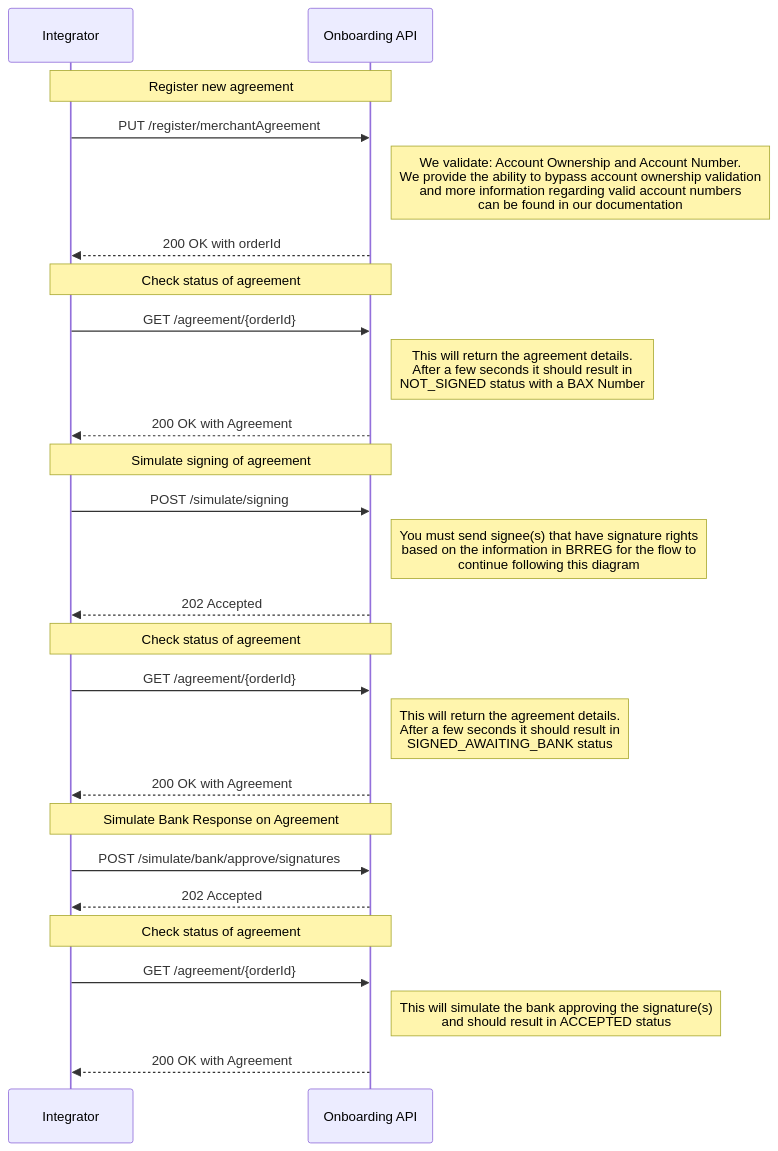
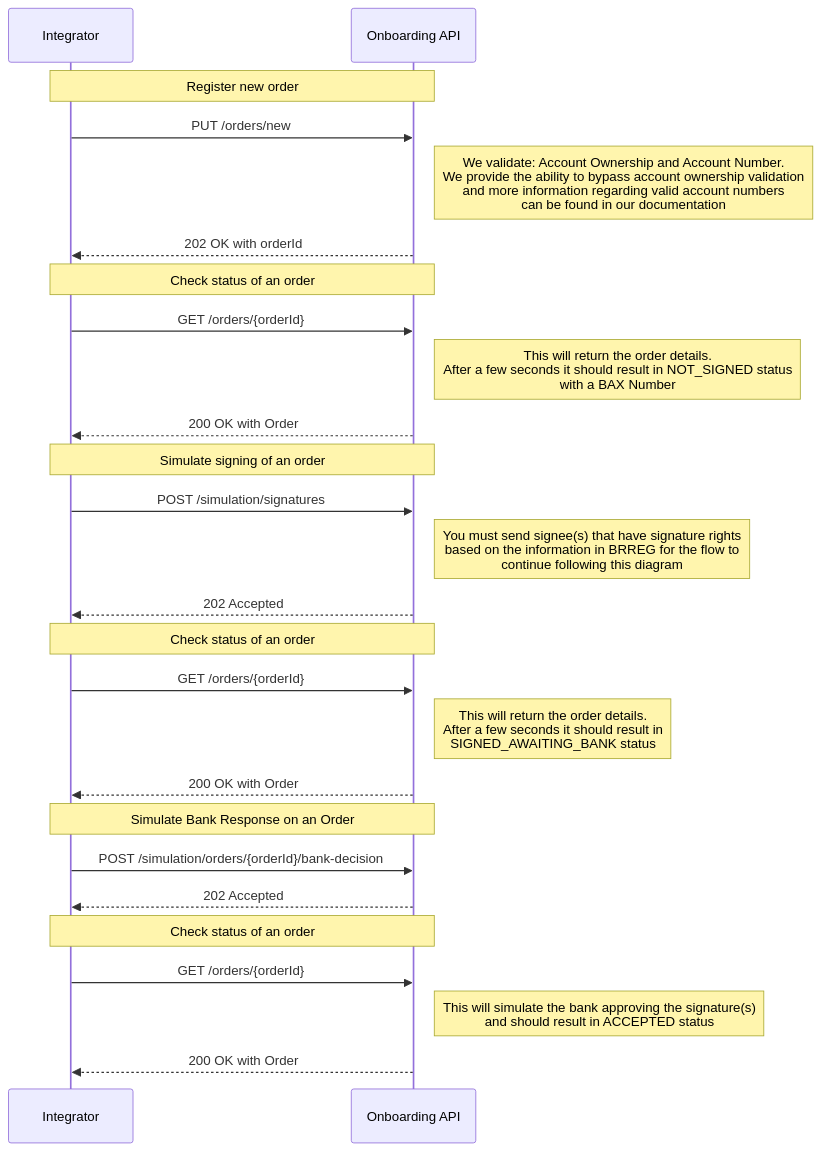
Before and after one commit to BankAxept/bankaxept-onboarding-external-documentation: the second of 3 diagrams in docs/test_flows.md, drawn with Mermaid. The commit also changed other lines of this file and 3 other files, not shown here.

````diff
--- a/docs/test_flows.md
+++ b/docs/test_flows.md
@@ -33,34 +33,34 @@
 ```mermaid
 sequenceDiagram
 participant I as Integrator
 participant O as Onboarding API
 
-note over I, O: Register new agreement
-I ->> O: PUT /register/merchantAgreement
+note over I, O: Register new order
+I ->> O: PUT /orders/new
 note right of O: We validate: Account Ownership and Account Number. <br/> We provide the ability to bypass account ownership validation <br/> and more information regarding valid account numbers <br/> can be found in our documentation
-O -->> I: 200 OK with orderId
+O -->> I: 202 OK with orderId
 
-note over I, O: Check status of agreement
-I ->> O: GET /agreement/{orderId}
-note right of O: This will return the agreement details. <br/> After a few seconds it should result in <br/> NOT_SIGNED status with a BAX Number
-O -->> I: 200 OK with Agreement
+note over I, O: Check status of an order
+I ->> O : GET /orders/{orderId}
+note right of O: This will return the order details. <br/> After a few seconds it should result in NOT_SIGNED status <br/> with a BAX Number
+O -->> I: 200 OK with Order
 
-note over I, O: Simulate signing of agreement
-I ->> O: POST /simulate/signing
+note over I, O: Simulate signing of an order
+I ->> O: POST /simulation/signatures
 note right of O: You must send signee(s) that have signature rights <br/> based on the information in BRREG for the flow to <br/> continue following this diagram
 O -->> I: 202 Accepted
 
-note over I, O: Check status of agreement
-I ->> O: GET /agreement/{orderId}
-note right of O: This will return the agreement details. <br/> After a few seconds it should result in <br/> SIGNED_AWAITING_BANK status
-O -->> I: 200 OK with Agreement
+note over I, O: Check status of an order
+I ->> O : GET /orders/{orderId}
+note right of O: This will return the order details. <br/> After a few seconds it should result in <br/> SIGNED_AWAITING_BANK status
+O -->> I: 200 OK with Order
 
-note over I, O: Simulate Bank Response on Agreement
-I ->> O: POST /simulate/bank/approve/signatures
+note over I, O: Simulate Bank Response on an Order
+I ->> O: POST /simulation/orders/{orderId}/bank-decision
 O -->> I: 202 Accepted
 
-note over I, O: Check status of agreement
-I ->> O: GET /agreement/{orderId}
+note over I, O: Check status of an order
+I ->> O : GET /orders/{orderId}
 note right of O: This will simulate the bank approving the signature(s) <br/> and should result in ACCEPTED status
-O -->> I: 200 OK with Agreement
+O -->> I: 200 OK with Order
 ```
````
